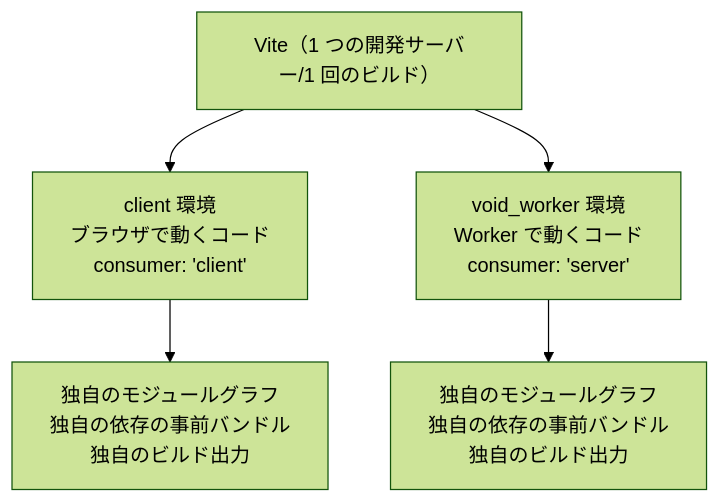
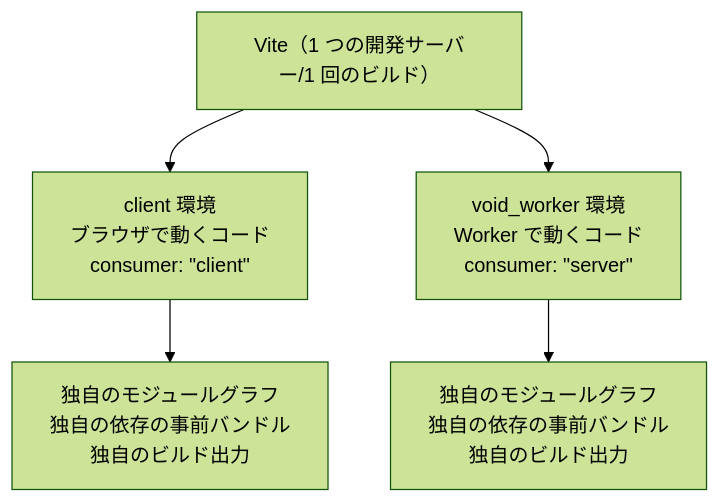
Before and after one commit to morinokami/zenn-docs: the fourth of 4 diagrams in books/how-void-works/02-vite-basics.md, drawn with Mermaid (forest theme). The commit also changed other lines of this file and 305 other files, not shown here.

````diff
--- a/books/how-void-works/02-vite-basics.md
+++ b/books/how-void-works/02-vite-basics.md
@@ -531,8 +531,8 @@
 ```mermaid
 flowchart TB
   V["Vite（1 つの開発サーバー/1 回のビルド）"]
-  V --> C["client 環境<br/>ブラウザで動くコード<br/>consumer: 'client'"]
-  V --> W["void_worker 環境<br/>Worker で動くコード<br/>consumer: 'server'"]
+  V --> C["client 環境<br/>ブラウザで動くコード<br/>consumer: #quot;client#quot;"]
+  V --> W["void_worker 環境<br/>Worker で動くコード<br/>consumer: #quot;server#quot;"]
   C --> CG["独自のモジュールグラフ<br/>独自の依存の事前バンドル<br/>独自のビルド出力"]
   W --> WG["独自のモジュールグラフ<br/>独自の依存の事前バンドル<br/>独自のビルド出力"]
 ```
````
